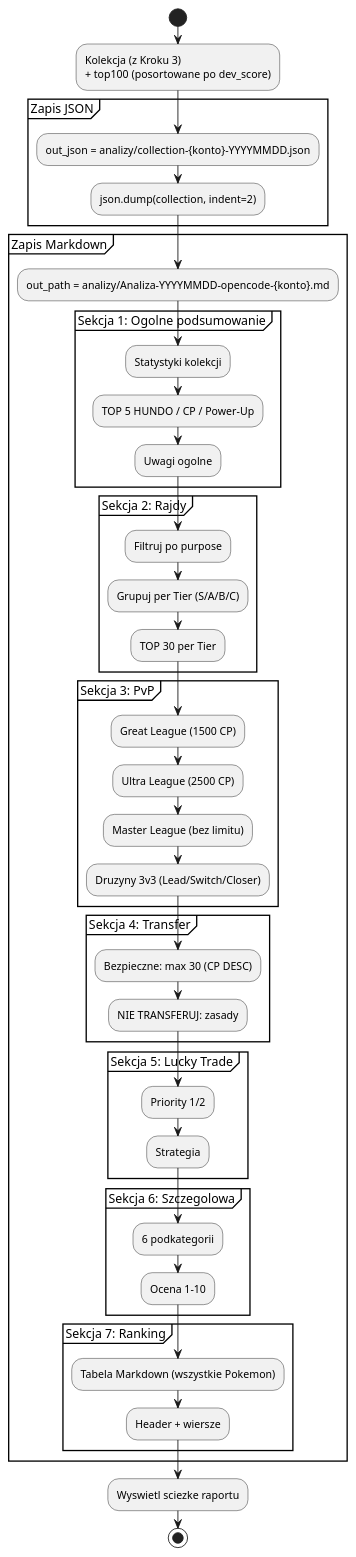
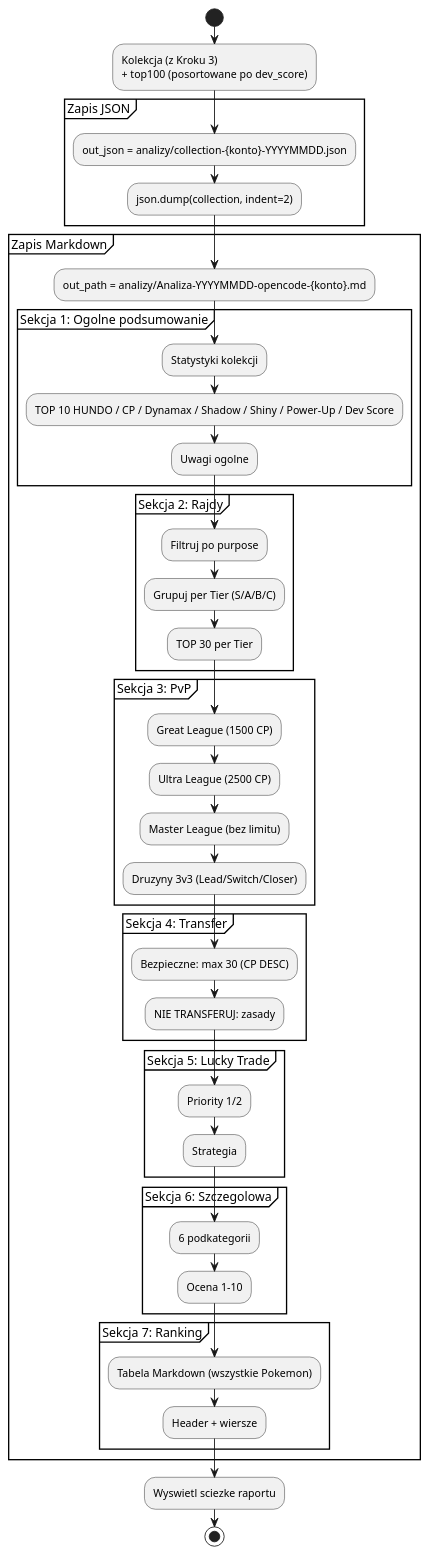
One commit to Adzikus/pokemon-go-analizer changed diagram 11 of 11 in docs/05-analiza.md. Above: the diagram before and after it, drawn with PlantUML. The commit also changed other lines of this file and 2 other files, not shown here.

````diff
--- a/docs/05-analiza.md
+++ b/docs/05-analiza.md
@@ -2272,62 +2296,62 @@
 ```plantuml
 @startuml
 
 start
 
 :Kolekcja (z Kroku 3)
 + top100 (posortowane po dev_score);
 
 partition "Zapis JSON" {
     :out_json = analizy/collection-{konto}-YYYYMMDD.json;
     :json.dump(collection, indent=2);
 }
 
 partition "Zapis Markdown" {
     :out_path = analizy/Analiza-YYYYMMDD-opencode-{konto}.md;
 
     partition "Sekcja 1: Ogolne podsumowanie" {
         :Statystyki kolekcji;
-        :TOP 5 HUNDO / CP / Power-Up;
+        :TOP 10 HUNDO / CP / Dynamax / Shadow / Shiny / Power-Up / Dev Score;
         :Uwagi ogolne;
     }
 
     partition "Sekcja 2: Rajdy" {
         :Filtruj po purpose;
         :Grupuj per Tier (S/A/B/C);
         :TOP 30 per Tier;
     }
 
     partition "Sekcja 3: PvP" {
         :Great League (1500 CP);
         :Ultra League (2500 CP);
         :Master League (bez limitu);
         :Druzyny 3v3 (Lead/Switch/Closer);
     }
 
     partition "Sekcja 4: Transfer" {
         :Bezpieczne: max 30 (CP DESC);
         :NIE TRANSFERUJ: zasady;
     }
 
     partition "Sekcja 5: Lucky Trade" {
         :Priority 1/2;
         :Strategia;
     }
 
     partition "Sekcja 6: Szczegolowa" {
         :6 podkategorii;
         :Ocena 1-10;
     }
 
     partition "Sekcja 7: Ranking" {
         :Tabela Markdown (wszystkie Pokemon);
         :Header + wiersze;
     }
 }
 
 :Wyswietl sciezke raportu;
 
 stop
 
 @enduml
 ```
````
